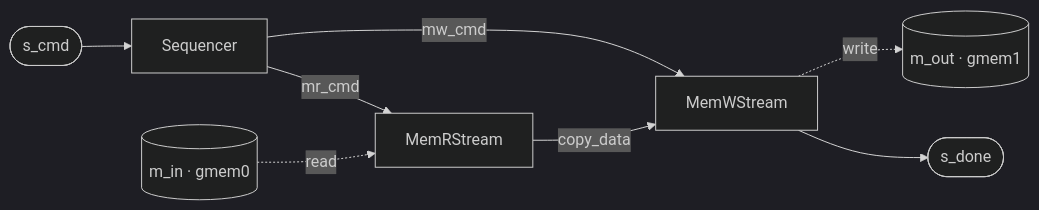
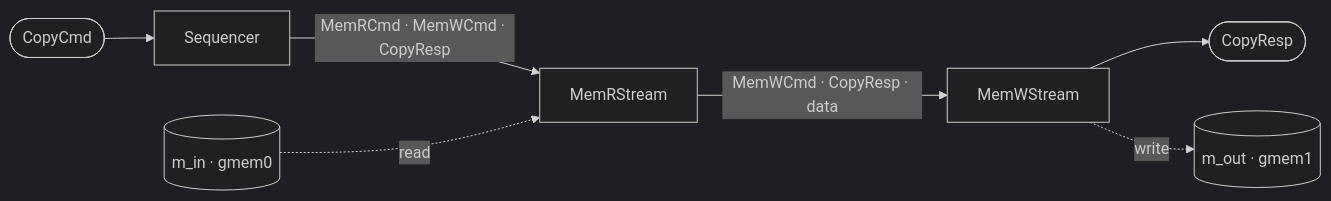
The diagram in docs/examples/memcpy/memcpy.md (sdrangan/waveflow), drawn with Mermaid (dark theme) before and after one commit. The commit also changed other lines of this file and 5 other files, not shown here.

````diff
--- a/docs/examples/memcpy/memcpy.md
+++ b/docs/examples/memcpy/memcpy.md
@@ -46,10 +49,9 @@
 ```mermaid
 flowchart LR
-  s_cmd([s_cmd]) --> SEQ[Sequencer]
-  SEQ -->|mr_cmd| MR[MemRStream]
-  SEQ -->|mw_cmd| MW[MemWStream]
-  MR -->|copy_data| MW
+  cmd([CopyCmd]) --> SEQ[Sequencer]
+  SEQ -->|"MemRCmd · MemWCmd · CopyResp"| MR[MemRStream]
+  MR -->|"MemWCmd · CopyResp · data"| MW[MemWStream]
+  MW --> resp([CopyResp])
   m_in[("m_in · gmem0")] -. read .-> MR
   MW -. write .-> m_out[("m_out · gmem1")]
-  MW --> s_done([s_done])
 ```
````
